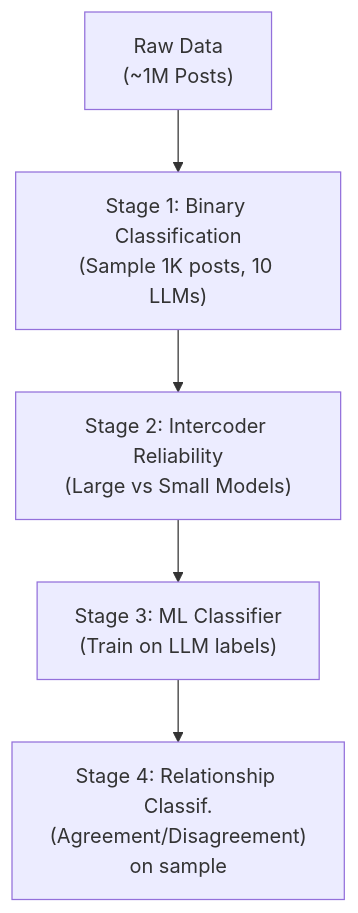
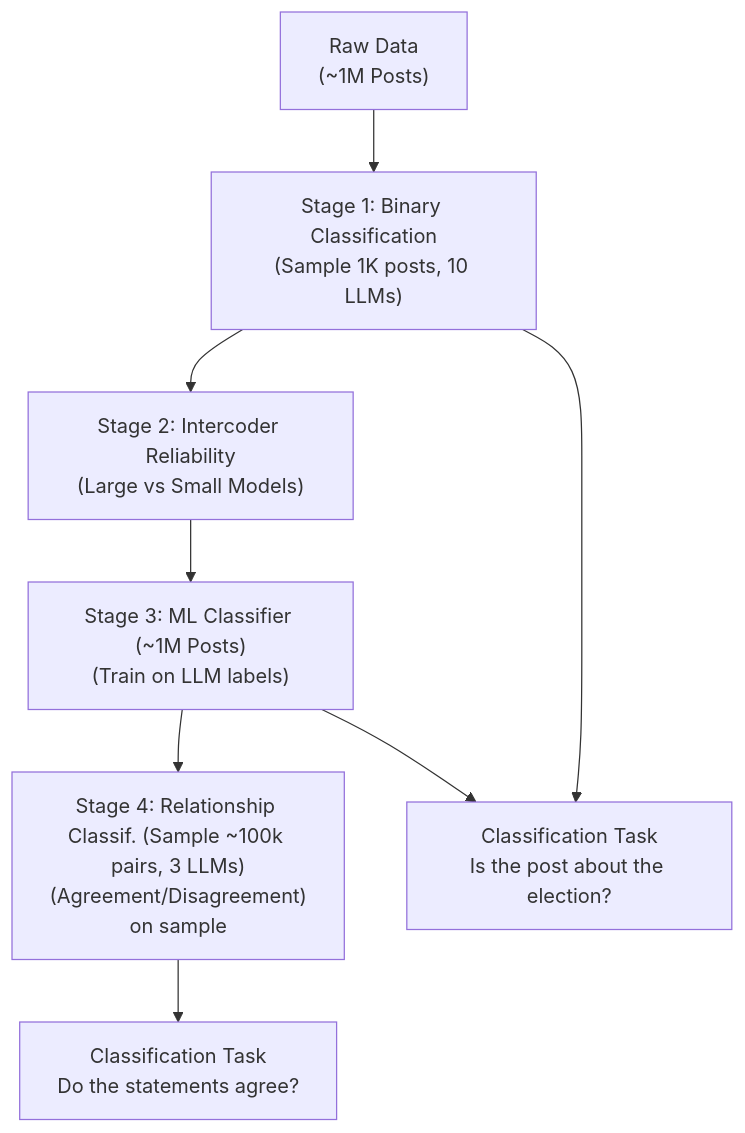
One commit to fraba/presentation changed the diagram in 2026-UNSW/index.qmd. Above: the diagram before and after it, drawn with Mermaid. The commit also changed other lines of this file and 7 other files, not shown here.

````diff
--- a/2026-UNSW/index.qmd
+++ b/2026-UNSW/index.qmd
@@ -292,10 +288,14 @@
 ```{mermaid}
 %%| echo: false
 %%| fig-width: 10
 %%| fig-align: center
 flowchart TD
     A["Raw Data<br>(~1M Posts)"] --> B["Stage 1: Binary Classification<br>(Sample 1K posts, 10 LLMs)"]
     B --> C["Stage 2: Intercoder Reliability<br>(Large vs Small Models)"]
-    C --> D["Stage 3: ML Classifier<br>(Train on LLM labels)"]
-    D --> E["Stage 4: Relationship Classif.<br>(Agreement/Disagreement)<br>on sample"]
+    C --> D["Stage 3: ML Classifier (~1M Posts)<br>(Train on LLM labels)"]
+    D --> E["Stage 4: Relationship Classif. (Sample ~100k pairs, 3 LLMs)<br>(Agreement/Disagreement)<br>on sample"]
+    B --> F["Classification Task<br>Is the post about the election?"]
+    D --> F
+    E --> G["Classification Task<br>Do the statements agree?"]
+    
 ```
````
